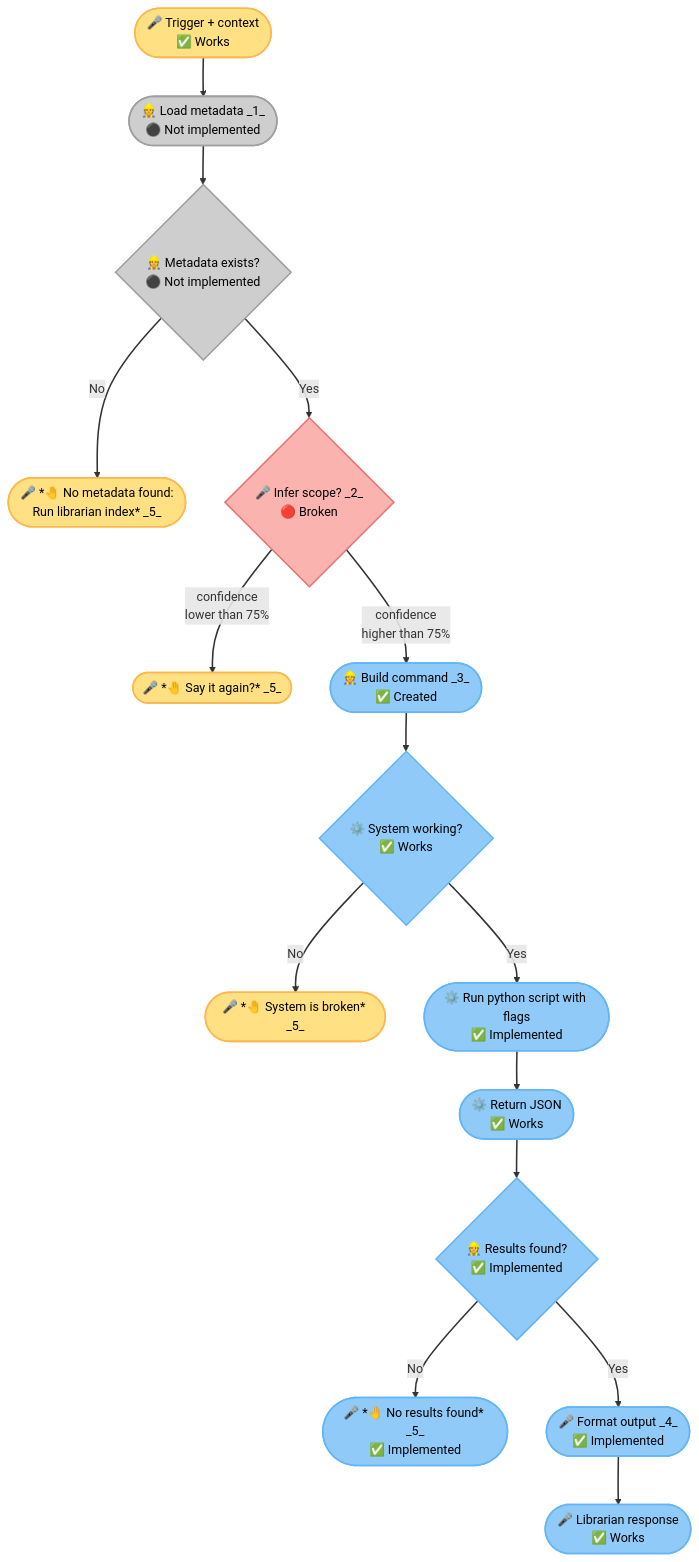
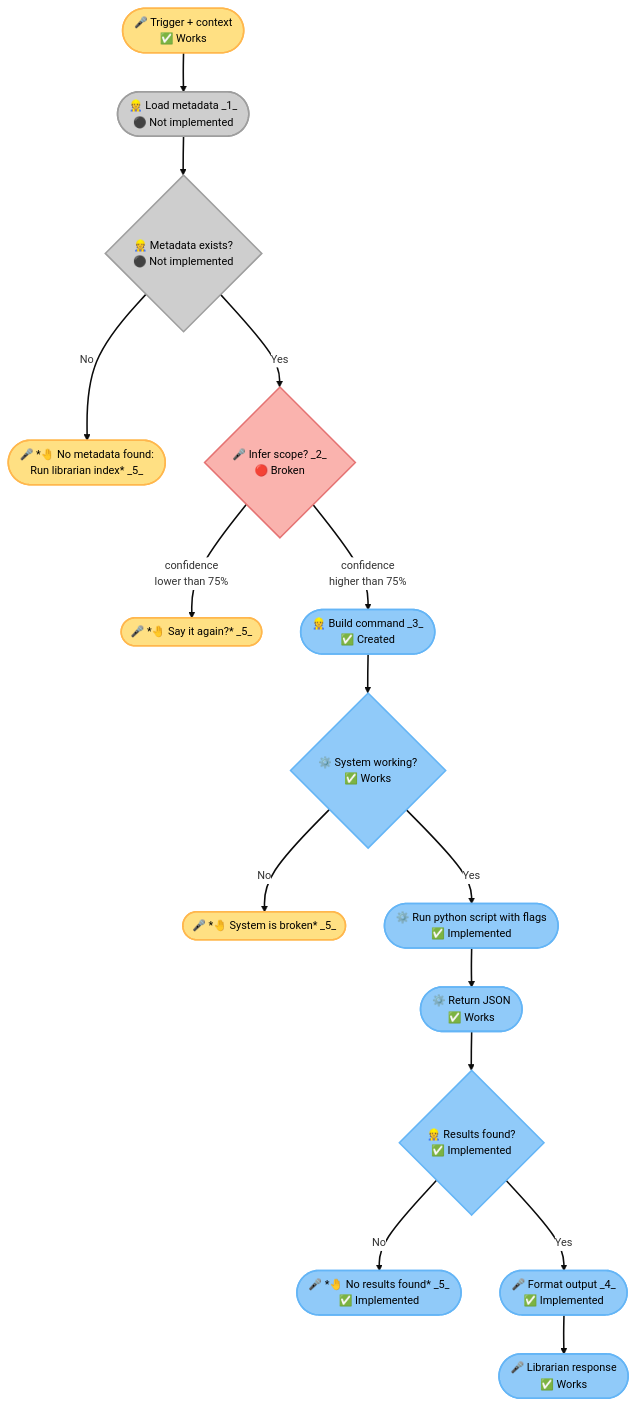
The first of 2 diagrams in backstage/epic-notes/v0.15.0-skill-protocol.md (nonlinear/librarian), drawn with Mermaid before and after one commit. The commit also changed other lines of this file, not shown here.

Commit message:
epic-15: Move styling inside Mermaid block (init theme variables)

````diff
--- a/backstage/epic-notes/v0.15.0-skill-protocol.md
+++ b/backstage/epic-notes/v0.15.0-skill-protocol.md
@@ -16,43 +3,51 @@
 ```mermaid
+%%{init: {
+  'theme': 'base',
+  'themeVariables': {
+    'edgeLabelBackground': '#FFFFFF',
+    'fontSize': '14px',
+    'fontFamily': 'system-ui'
+  }
+}}%%
 flowchart TB
     TRIGGER(["🎤 Trigger + context<br/>✅ Works"])
     TRIGGER --> METADATA(["👷 Load metadata _1_<br/>⚫ Not implemented"])
     METADATA --> CHECK{"👷 Metadata exists?<br/>⚫ Not implemented"}
     
     CHECK -->|"No"| ERROR(["🎤 *🤚 No metadata found:<br>Run librarian index* _5_"])
     CHECK -->|"Yes"| INFER{"🎤 Infer scope? _2_<br/>🔴 Broken"}
     
     INFER -->|"confidence<br>lower than 75%"| CLARIFY(["🎤 *🤚 Say it again?* _5_"])
     INFER -->|"confidence<br>higher than 75%"| BUILD(["👷 Build command _3_<br/>✅ Created"])
     
     BUILD --> CHECK_SYSTEM{"⚙️ System working?<br/>✅ Works"}
     
     CHECK_SYSTEM -->|"No"| BROKEN(["🎤 *🤚 System is broken* _5_"])
     CHECK_SYSTEM -->|"Yes"| EXEC(["⚙️ Run python script with flags<br/>✅ Implemented"])
     
     EXEC --> JSON(["⚙️ Return JSON<br/>✅ Works"])
     JSON --> CHECK_RESULTS{"👷 Results found?<br/>✅ Implemented"}
     
     CHECK_RESULTS -->|"No"| EMPTY(["🎤 *🤚 No results found* _5_<br/>✅ Implemented"])
     CHECK_RESULTS -->|"Yes"| FORMAT(["🎤 Format output _4_<br/>✅ Implemented"])
     
     FORMAT --> RESPONSE(["🎤 Librarian response<br/>✅ Works"])
     
     style TRIGGER fill:#FFE083,stroke:#FFB74D,stroke-width:2px,color:#000
     style METADATA fill:#CECECE,stroke:#9E9E9E,stroke-width:2px,color:#000
     style INFER fill:#FAB3AE,stroke:#E57373,stroke-width:2px,color:#000
     style CLARIFY fill:#FFE083,stroke:#FFB74D,stroke-width:2px,color:#000
     style BUILD fill:#90CAF9,stroke:#64B5F6,stroke-width:2px,color:#000
     style EXEC fill:#90CAF9,stroke:#64B5F6,stroke-width:2px,color:#000
     style JSON fill:#90CAF9,stroke:#64B5F6,stroke-width:2px,color:#000
     style FORMAT fill:#90CAF9,stroke:#64B5F6,stroke-width:2px,color:#000
     style RESPONSE fill:#90CAF9,stroke:#64B5F6,stroke-width:2px,color:#000
     style CHECK fill:#CECECE,stroke:#9E9E9E,stroke-width:2px,color:#000
     style ERROR fill:#FFE083,stroke:#FFB74D,stroke-width:2px,color:#000
     style CHECK_SYSTEM fill:#90CAF9,stroke:#64B5F6,stroke-width:2px,color:#000
     style BROKEN fill:#FFE083,stroke:#FFB74D,stroke-width:2px,color:#000
     style CHECK_RESULTS fill:#90CAF9,stroke:#64B5F6,stroke-width:2px,color:#000
     style EMPTY fill:#90CAF9,stroke:#64B5F6,stroke-width:2px,color:#000
     
     linkStyle default stroke-width:2px
 ```
````
